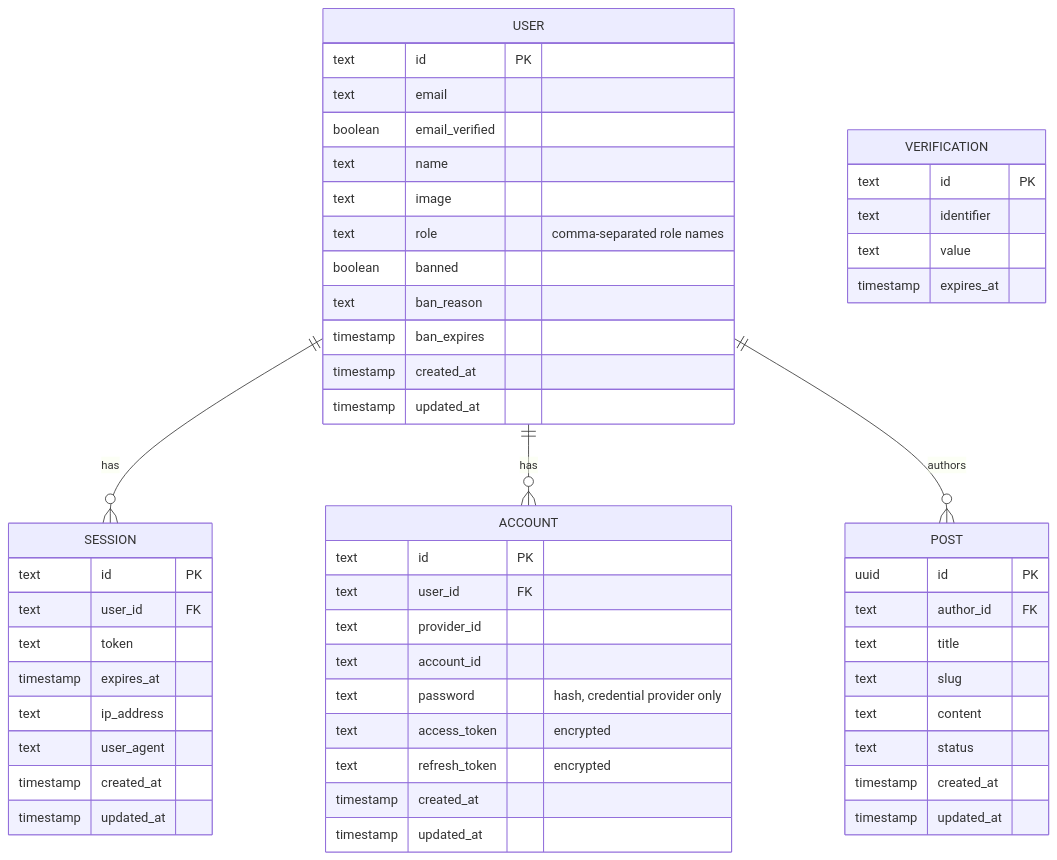
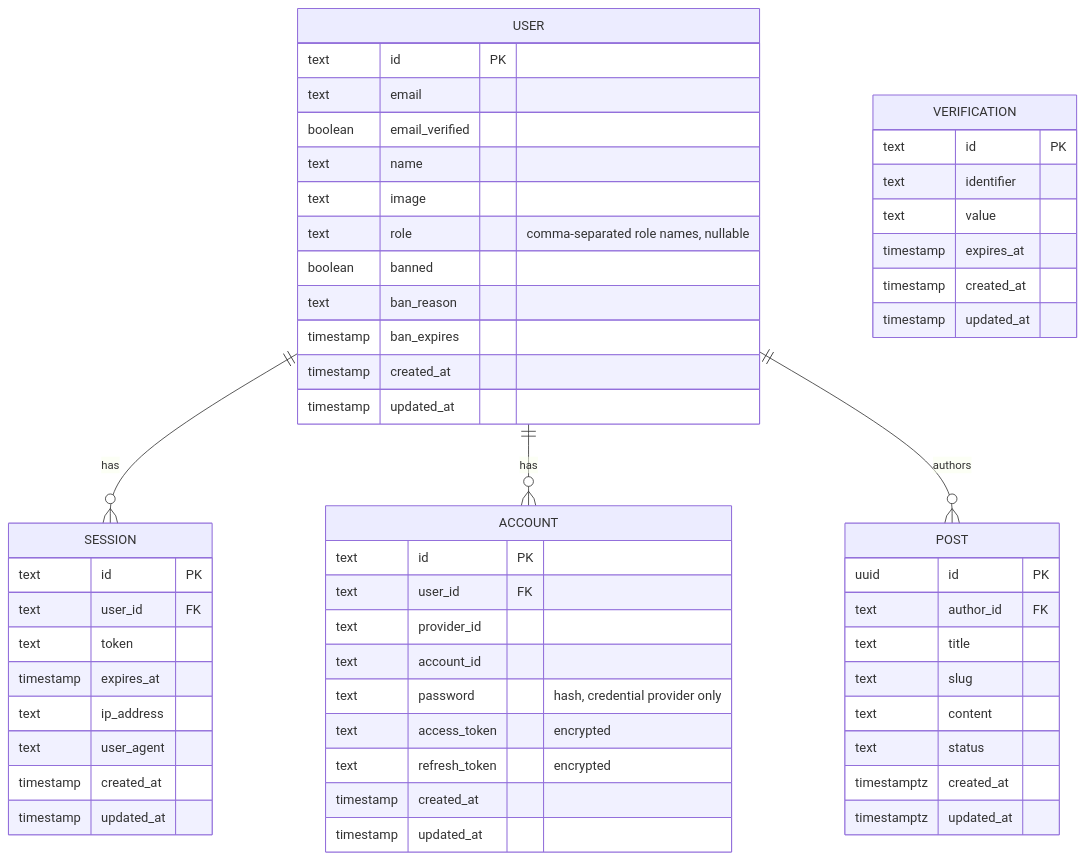
Before and after one commit to IlyasArrafii/elysia-boilerplate: the diagram in docs/implement-boilerplate/static-role/DATABASE.md, drawn with Mermaid. The commit also changed other lines of this file and 5 other files, not shown here.

Commit message:
docs: sync auth, API, database and architecture docs with the code

````diff
--- a/docs/implement-boilerplate/static-role/DATABASE.md
+++ b/docs/implement-boilerplate/static-role/DATABASE.md
@@ -23,56 +23,58 @@
 ```mermaid
 erDiagram
     USER {
         text id PK
         text email
         boolean email_verified
         text name
         text image
-        text role "comma-separated role names"
+        text role "comma-separated role names, nullable"
         boolean banned
         text ban_reason
         timestamp ban_expires
         timestamp created_at
         timestamp updated_at
     }
     SESSION {
         text id PK
         text user_id FK
         text token
         timestamp expires_at
         text ip_address
         text user_agent
         timestamp created_at
         timestamp updated_at
     }
     ACCOUNT {
         text id PK
         text user_id FK
         text provider_id
         text account_id
         text password "hash, credential provider only"
         text access_token "encrypted"
         text refresh_token "encrypted"
         timestamp created_at
         timestamp updated_at
     }
     VERIFICATION {
         text id PK
         text identifier
         text value
         timestamp expires_at
+        timestamp created_at
+        timestamp updated_at
     }
     POST {
         uuid id PK
         text author_id FK
         text title
         text slug
         text content
         text status
-        timestamp created_at
-        timestamp updated_at
+        timestamptz created_at
+        timestamptz updated_at
     }
     USER ||--o{ SESSION : has
     USER ||--o{ ACCOUNT : has
     USER ||--o{ POST : authors
 ```
````
